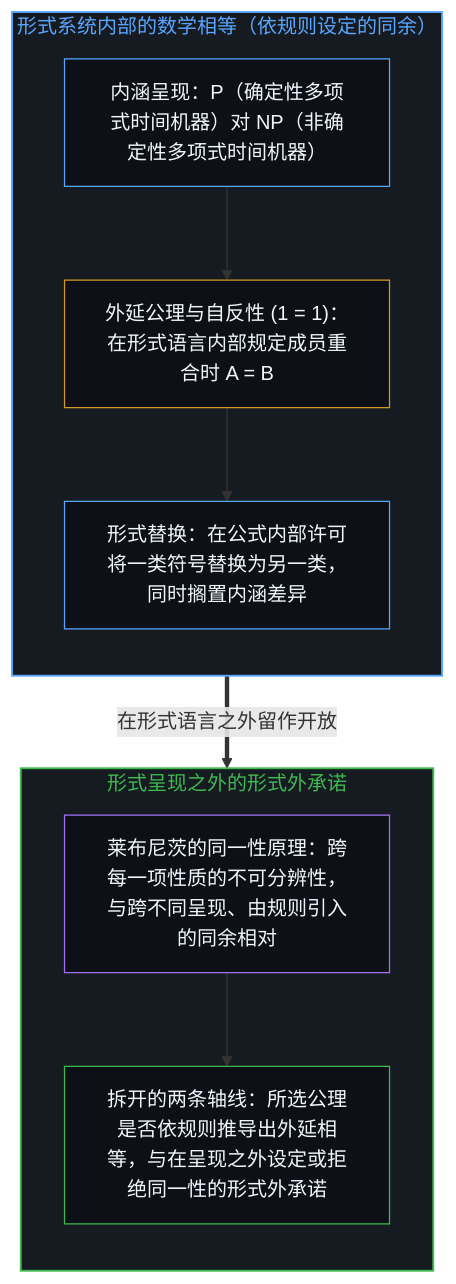
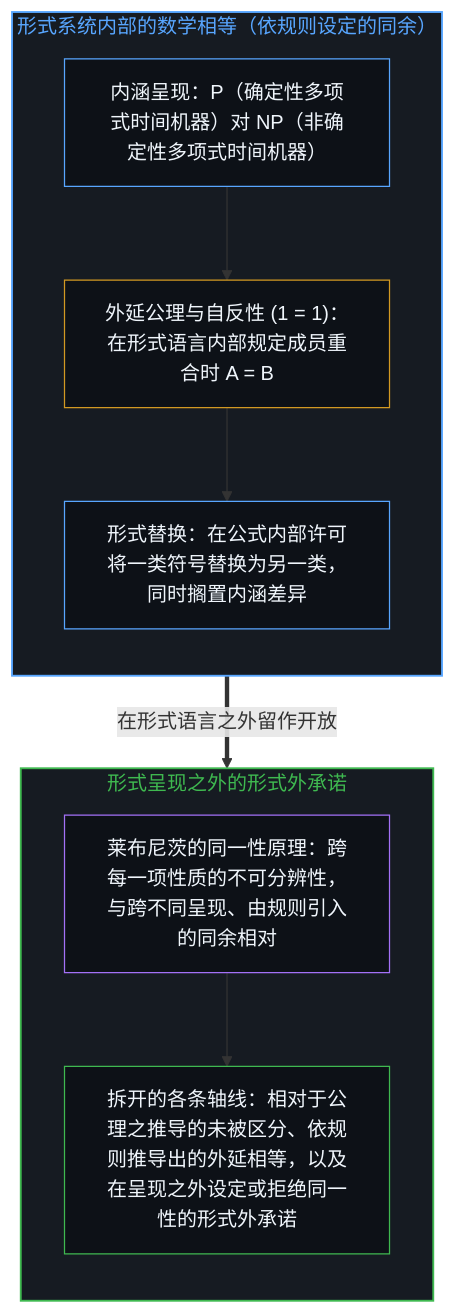
The first of 4 diagrams in content/posts/on-the-boundaries-of-what-can-be-said-about-p-and-np.md (powerpig99/not-a-toe), drawn with Mermaid before and after one commit. The commit also changed other lines of this file and 5 other files, not shown here.

````diff
--- a/content/posts/on-the-boundaries-of-what-can-be-said-about-p-and-np.md
+++ b/content/posts/on-the-boundaries-of-what-can-be-said-about-p-and-np.md
@@ -17,24 +17,24 @@
 ```mermaid
 flowchart TD
     subgraph S_Rule["形式系统内部的数学相等（依规则设定的同余）"]
         direction TB
         Int["内涵呈现：P（确定性多项式时间机器）对 NP（非确定性多项式时间机器）"]
         Ext["外延公理与自反性 (1 = 1)：在形式语言内部规定成员重合时 A = B"]
         Sub["形式替换：在公式内部许可将一类符号替换为另一类，同时搁置内涵差异"]
         Int --> Ext --> Sub
     end
     subgraph S_Onto["形式呈现之外的形式外承诺"]
         direction TB
         Leib["莱布尼茨的同一性原理：跨每一项性质的不可分辨性，与跨不同呈现、由规则引入的同余相对"]
-        Split["拆开的两条轴线：所选公理是否依规则推导出外延相等，与在呈现之外设定或拒绝同一性的形式外承诺"]
+        Split["拆开的各条轴线：相对于公理之推导的未被区分、依规则推导出的外延相等，以及在呈现之外设定或拒绝同一性的形式外承诺"]
         Leib --> Split
     end
     Sub ==>|"在形式语言之外留作开放"| Split
     style S_Rule fill:#161b22,stroke:#58a6ff,stroke-width:1.5px,color:#58a6ff
     style S_Onto fill:#161b22,stroke:#3fb950,stroke-width:1.5px,color:#3fb950
     style Int fill:#0d1117,stroke:#58a6ff,stroke-width:1px,color:#f0f6fc
     style Ext fill:#0d1117,stroke:#d29922,stroke-width:1px,color:#f0f6fc
     style Sub fill:#0d1117,stroke:#58a6ff,stroke-width:1px,color:#f0f6fc
     style Leib fill:#0d1117,stroke:#a371f7,stroke-width:1px,color:#f0f6fc
     style Split fill:#0d1117,stroke:#3fb950,stroke-width:1px,color:#f0f6fc
 ```
````
